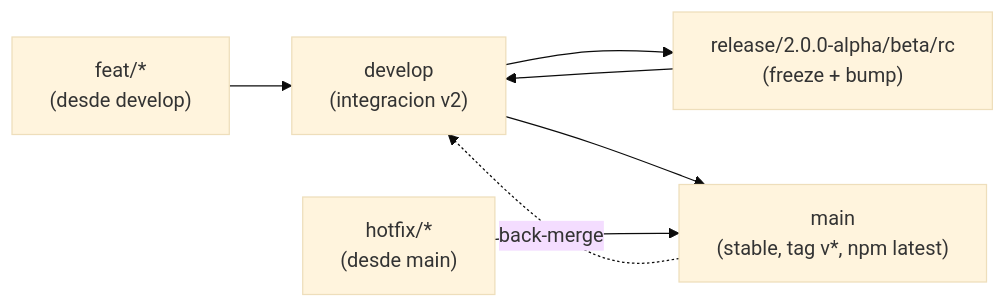
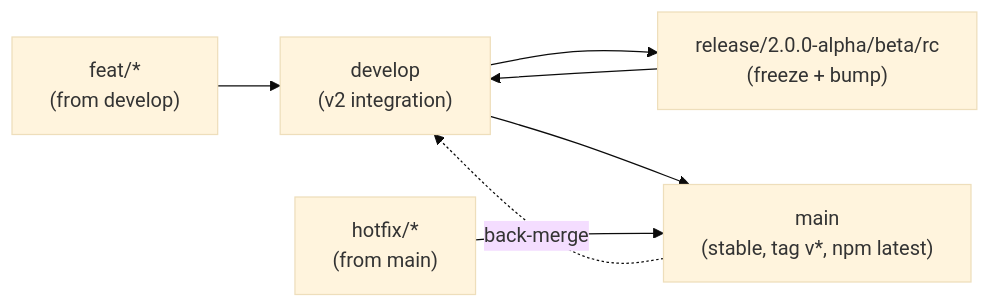
The diagram in docs/BRANCHING.md (LUMEN-SH/create-lumen), drawn with Mermaid (base theme) before and after one commit. The commit also changed other lines of this file, not shown here.

````diff
--- a/docs/BRANCHING.md
+++ b/docs/BRANCHING.md
@@ -14,9 +14,9 @@
 ```mermaid
 flowchart LR
-    feat["feat/*<br/>(desde develop)"] --> develop["develop<br/>(integracion v2)"]
+    feat["feat/*<br/>(from develop)"] --> develop["develop<br/>(v2 integration)"]
     develop --> rel["release/2.0.0-alpha/beta/rc<br/>(freeze + bump)"]
     rel --> develop
     develop --> main["main<br/>(stable, tag v*, npm latest)"]
-    hotfix["hotfix/*<br/>(desde main)"] --> main
+    hotfix["hotfix/*<br/>(from main)"] --> main
     main -. back-merge .-> develop
 ```
````
